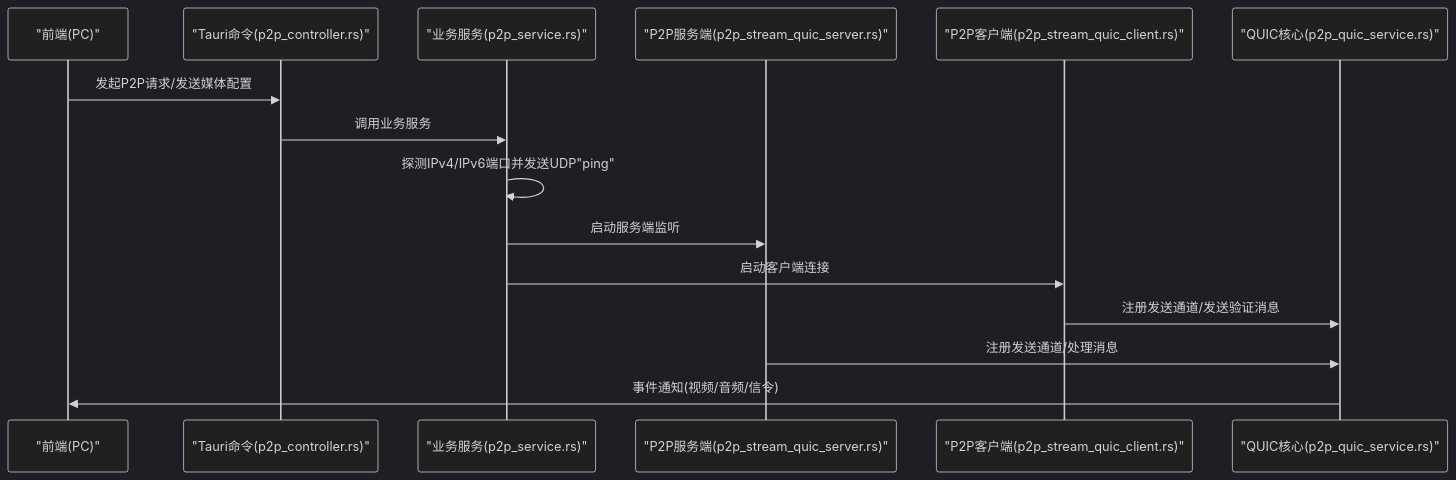
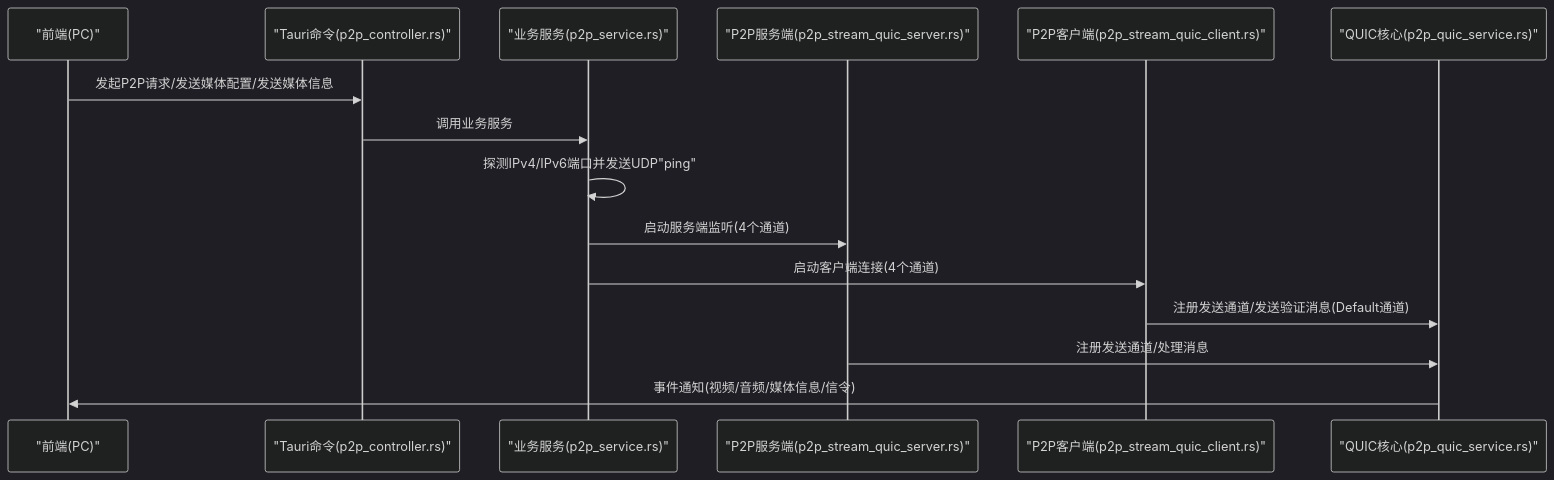
The second of 13 diagrams in .qoder/repowiki/zh/content/后端服务/P2P服务.md (nicolastinger/only-talk-app), drawn with Mermaid (dark theme) before and after one commit. The commit also changed other lines of this file and 12 other files, not shown here.

````diff
--- a/.qoder/repowiki/zh/content/后端服务/P2P服务.md
+++ b/.qoder/repowiki/zh/content/后端服务/P2P服务.md
@@ -156,17 +160,17 @@
 ```mermaid
 sequenceDiagram
 participant FE as "前端(PC)"
 participant CMD as "Tauri命令(p2p_controller.rs)"
 participant SVC as "业务服务(p2p_service.rs)"
 participant SRV as "P2P服务端(p2p_stream_quic_server.rs)"
 participant CLI as "P2P客户端(p2p_stream_quic_client.rs)"
 participant CORE as "QUIC核心(p2p_quic_service.rs)"
-FE->>CMD : 发起P2P请求/发送媒体配置
+FE->>CMD : 发起P2P请求/发送媒体配置/发送媒体信息
 CMD->>SVC : 调用业务服务
 SVC->>SVC : 探测IPv4/IPv6端口并发送UDP"ping"
-SVC->>SRV : 启动服务端监听
-SVC->>CLI : 启动客户端连接
-CLI->>CORE : 注册发送通道/发送验证消息
+SVC->>SRV : 启动服务端监听(4个通道)
+SVC->>CLI : 启动客户端连接(4个通道)
+CLI->>CORE : 注册发送通道/发送验证消息(Default通道)
 SRV->>CORE : 注册发送通道/处理消息
-CORE->>FE : 事件通知(视频/音频/信令)
+CORE->>FE : 事件通知(视频/音频/媒体信息/信令)
 ```
````
